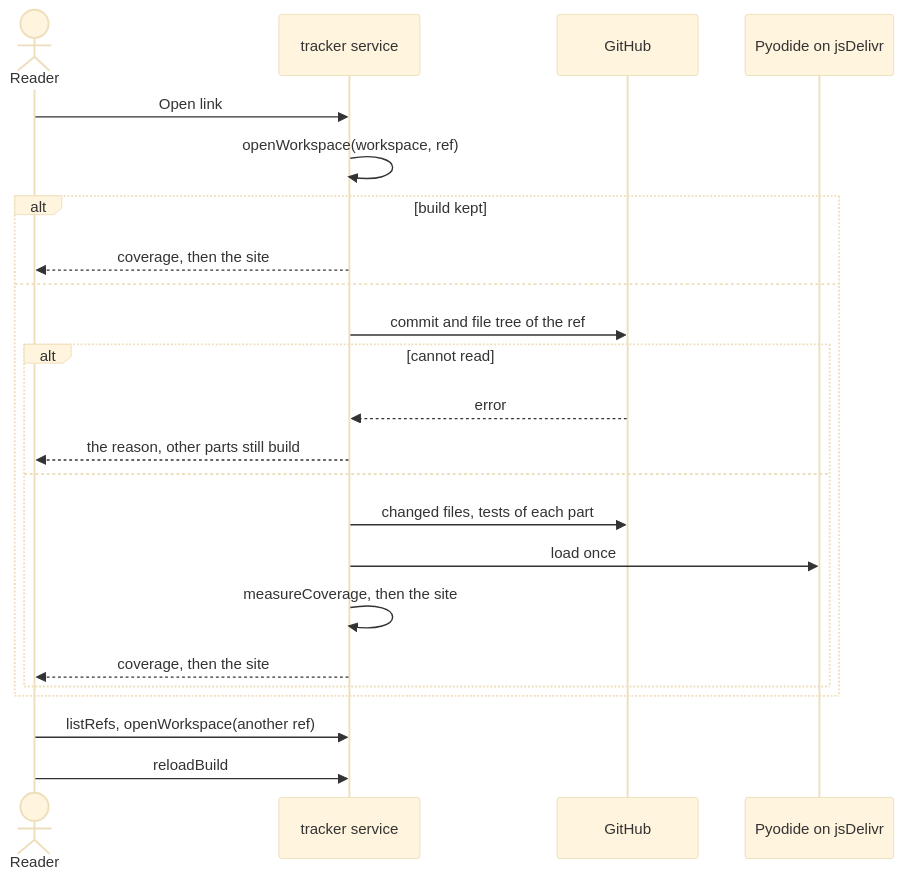
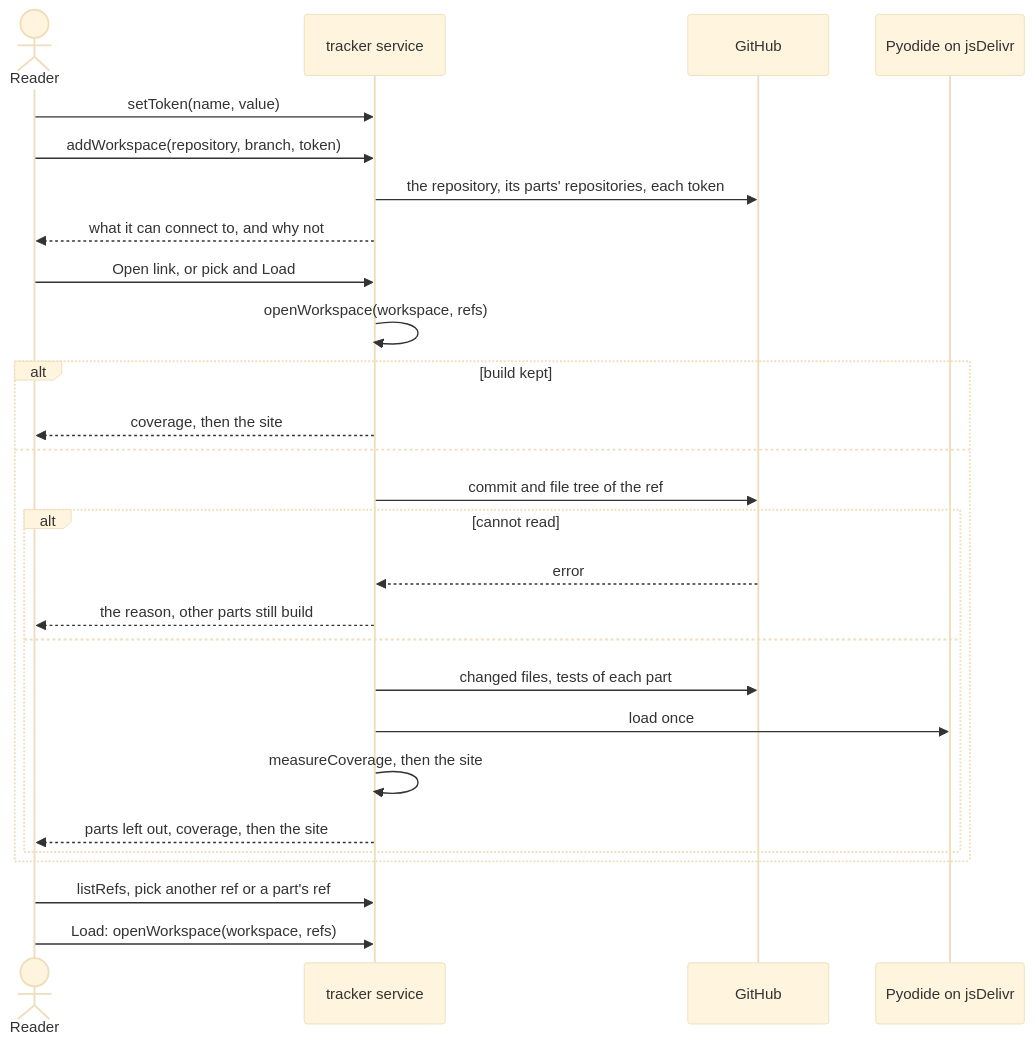
One commit to hieutran21198/Artifact-Driven-Framework changed the diagram in docs/software-knowledges/flows/view-workspace.md. Above: the diagram before and after it, drawn with Mermaid (base theme). The commit also changed other lines of this file and 6 other files, not shown here.

First line of the commit message:
Rebuild the project tracker: coverage first, Load, named tokens, parts, configuration tried in the browser (#14)

````diff
--- a/docs/software-knowledges/flows/view-workspace.md
+++ b/docs/software-knowledges/flows/view-workspace.md
@@ -51,26 +65,30 @@
 ```mermaid
 sequenceDiagram
     actor Reader
     participant Page as tracker service
     participant GitHub
     participant Pyodide as Pyodide on jsDelivr
 
-    Reader->>Page: Open link
-    Page->>Page: openWorkspace(workspace, ref)
+    Reader->>Page: setToken(name, value)
+    Reader->>Page: addWorkspace(repository, branch, token)
+    Page->>GitHub: the repository, its parts' repositories, each token
+    Page-->>Reader: what it can connect to, and why not
+    Reader->>Page: Open link, or pick and Load
+    Page->>Page: openWorkspace(workspace, refs)
     alt build kept
         Page-->>Reader: coverage, then the site
     else
         Page->>GitHub: commit and file tree of the ref
         alt cannot read
             GitHub-->>Page: error
             Page-->>Reader: the reason, other parts still build
         else
             Page->>GitHub: changed files, tests of each part
             Page->>Pyodide: load once
             Page->>Page: measureCoverage, then the site
-            Page-->>Reader: coverage, then the site
+            Page-->>Reader: parts left out, coverage, then the site
         end
     end
-    Reader->>Page: listRefs, openWorkspace(another ref)
-    Reader->>Page: reloadBuild
+    Reader->>Page: listRefs, pick another ref or a part's ref
+    Reader->>Page: Load: openWorkspace(workspace, refs)
 ```
````
